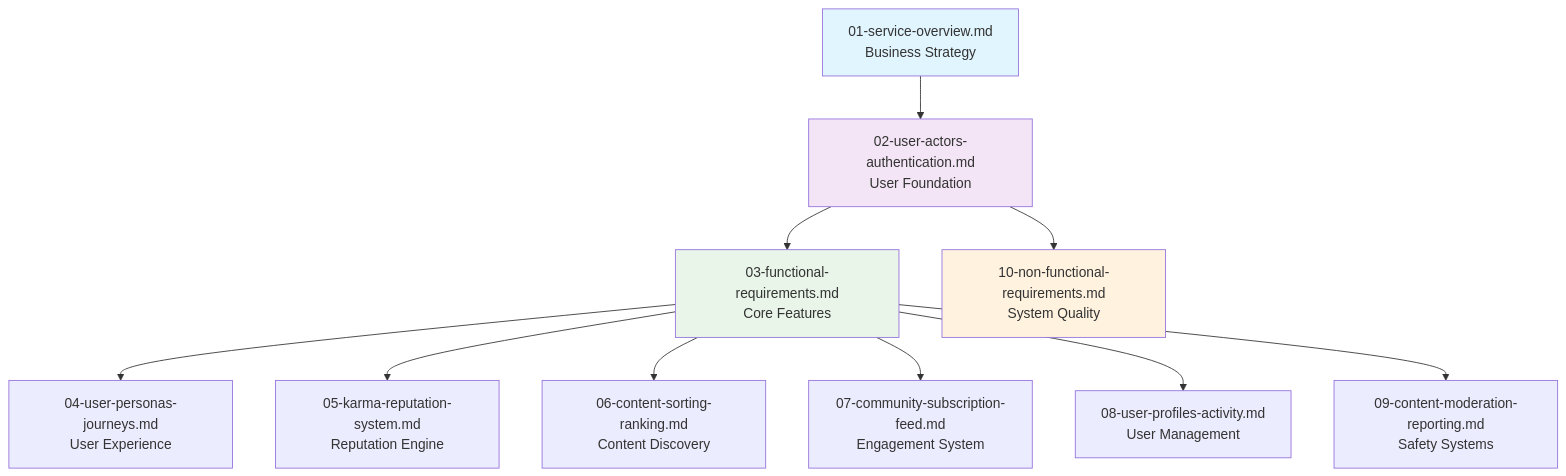
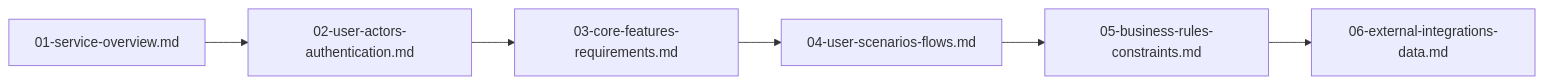
One commit to wrtnlabs/autobe-examples changed the first of 2 diagrams in deepseek/deepseek-v3.1-terminus-exacto/reddit/docs/analysis/00-toc.md. Above: the diagram before and after it, drawn with Mermaid. The commit also changed other lines of this file and 7173 other files, not shown here.

````diff
--- a/deepseek/deepseek-v3.1-terminus-exacto/reddit/docs/analysis/00-toc.md
+++ b/deepseek/deepseek-v3.1-terminus-exacto/reddit/docs/analysis/00-toc.md
@@ -30,17 +17,8 @@
 ```mermaid
-graph TB
-    A["01-service-overview.md<br/>Business Strategy"] --> B["02-user-actors-authentication.md<br/>User Foundation"]
-    B --> C["03-functional-requirements.md<br/>Core Features"]
-    C --> D["04-user-personas-journeys.md<br/>User Experience"]
-    C --> E["05-karma-reputation-system.md<br/>Reputation Engine"]
-    C --> F["06-content-sorting-ranking.md<br/>Content Discovery"]
-    C --> G["07-community-subscription-feed.md<br/>Engagement System"]
-    C --> H["08-user-profiles-activity.md<br/>User Management"]
-    C --> I["09-content-moderation-reporting.md<br/>Safety Systems"]
-    B --> J["10-non-functional-requirements.md<br/>System Quality"]
-    
-    style A fill:#e1f5fe
-    style B fill:#f3e5f5
-    style C fill:#e8f5e8
-    style J fill:#fff3e0
+graph LR
+    A["01-service-overview.md"] --> B["02-user-actors-authentication.md"]
+    B --> C["03-core-features-requirements.md"]
+    C --> D["04-user-scenarios-flows.md"]
+    D --> E["05-business-rules-constraints.md"]
+    E --> F["06-external-integrations-data.md"]
 ```
````
